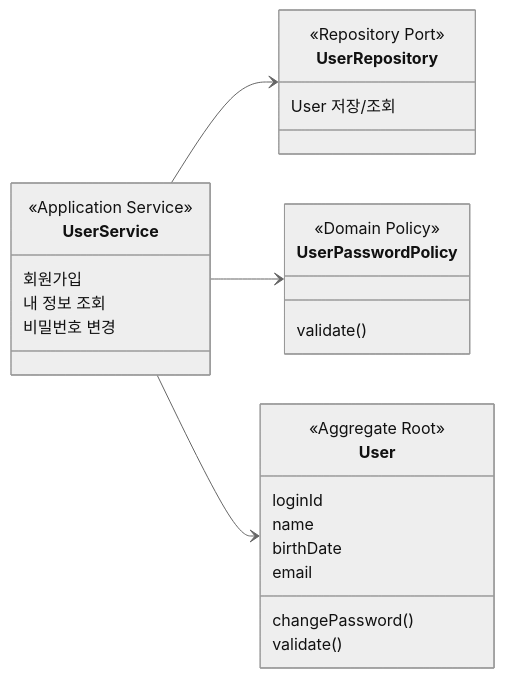
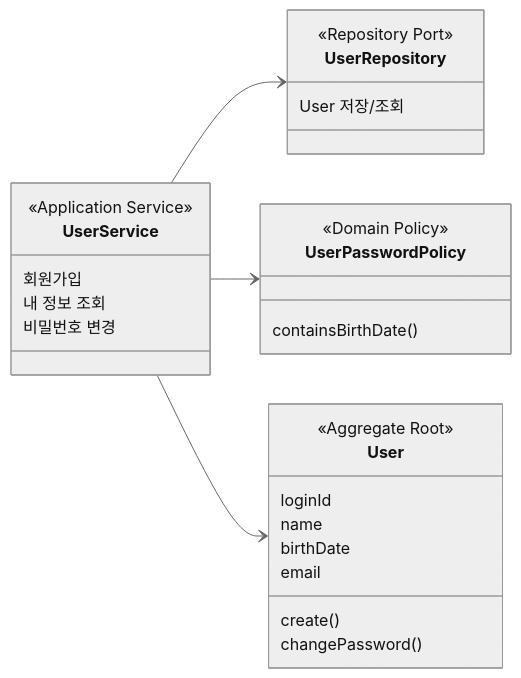
The first of 5 diagrams in docs/week2/03-class-diagram.md (loopers-labs/loop-pack-be-l2-vol4-java), drawn with Mermaid (neutral theme) before and after one commit. The commit also changed other lines of this file and 3 other files, not shown here.

````diff
--- a/docs/week2/03-class-diagram.md
+++ b/docs/week2/03-class-diagram.md
@@ -25,35 +25,35 @@
 ```mermaid
 classDiagram
     direction LR
 
     class User {
         <<Aggregate Root>>
         loginId
         name
         birthDate
         email
+        create()
         changePassword()
-        validate()
     }
 
     class UserPasswordPolicy {
         <<Domain Policy>>
-        validate()
+        containsBirthDate()
     }
 
     class UserRepository {
         <<Repository Port>>
         User 저장/조회
     }
 
     class UserService {
         <<Application Service>>
         회원가입
         내 정보 조회
         비밀번호 변경
     }
 
     UserService --> UserRepository
     UserService --> UserPasswordPolicy
     UserService --> User
 ```
````
